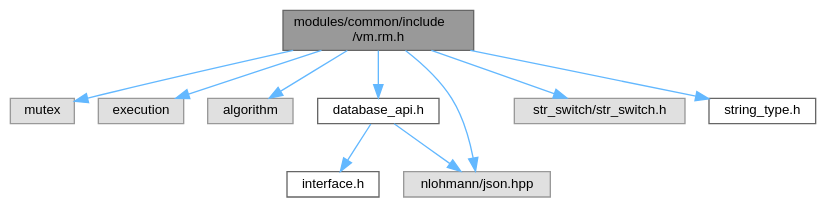
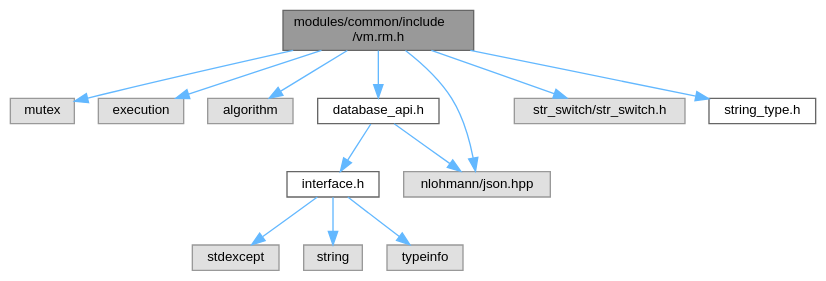
One commit to netkeep80/jsonRVM changed the diagram in vm_8rm_8h__incl.dot. Above: the diagram before and after it, drawn with Graphviz. The commit also changed 169 other files, not shown here.

```diff
--- a/vm_8rm_8h__incl.dot
+++ b/vm_8rm_8h__incl.dot
@@ -1,25 +1,31 @@
 digraph "modules/common/include/vm.rm.h"
 {
  // LATEX_PDF_SIZE
   bgcolor="transparent";
   edge [fontname=Helvetica,fontsize=10,labelfontname=Helvetica,labelfontsize=10];
   node [fontname=Helvetica,fontsize=10,shape=box,height=0.2,width=0.4];
   Node1 [id="Node000001",label="modules/common/include\l/vm.rm.h",height=0.2,width=0.4,color="gray40", fillcolor="grey60", style="filled", fontcolor="black",tooltip=" "];
   Node1 -> Node2 [id="edge1_Node000001_Node000002",color="steelblue1",style="solid",tooltip=" "];
   Node2 [id="Node000002",label="mutex",height=0.2,width=0.4,color="grey60", fillcolor="#E0E0E0", style="filled",tooltip=" "];
   Node1 -> Node3 [id="edge2_Node000001_Node000003",color="steelblue1",style="solid",tooltip=" "];
   Node3 [id="Node000003",label="execution",height=0.2,width=0.4,color="grey60", fillcolor="#E0E0E0", style="filled",tooltip=" "];
   Node1 -> Node4 [id="edge3_Node000001_Node000004",color="steelblue1",style="solid",tooltip=" "];
   Node4 [id="Node000004",label="algorithm",height=0.2,width=0.4,color="grey60", fillcolor="#E0E0E0", style="filled",tooltip=" "];
   Node1 -> Node5 [id="edge4_Node000001_Node000005",color="steelblue1",style="solid",tooltip=" "];
   Node5 [id="Node000005",label="database_api.h",height=0.2,width=0.4,color="grey40", fillcolor="white", style="filled",URL="$database__api_8h.html",tooltip=" "];
   Node5 -> Node6 [id="edge5_Node000005_Node000006",color="steelblue1",style="solid",tooltip=" "];
   Node6 [id="Node000006",label="interface.h",height=0.2,width=0.4,color="grey40", fillcolor="white", style="filled",URL="$interface_8h.html",tooltip=" "];
-  Node5 -> Node7 [id="edge6_Node000005_Node000007",color="steelblue1",style="solid",tooltip=" "];
-  Node7 [id="Node000007",label="nlohmann/json.hpp",height=0.2,width=0.4,color="grey60", fillcolor="#E0E0E0", style="filled",tooltip=" "];
-  Node1 -> Node7 [id="edge7_Node000001_Node000007",color="steelblue1",style="solid",tooltip=" "];
-  Node1 -> Node8 [id="edge8_Node000001_Node000008",color="steelblue1",style="solid",tooltip=" "];
-  Node8 [id="Node000008",label="str_switch/str_switch.h",height=0.2,width=0.4,color="grey60", fillcolor="#E0E0E0", style="filled",tooltip=" "];
-  Node1 -> Node9 [id="edge9_Node000001_Node000009",color="steelblue1",style="solid",tooltip=" "];
-  Node9 [id="Node000009",label="string_type.h",height=0.2,width=0.4,color="grey40", fillcolor="white", style="filled",URL="$string__type_8h.html",tooltip=" "];
+  Node6 -> Node7 [id="edge6_Node000006_Node000007",color="steelblue1",style="solid",tooltip=" "];
+  Node7 [id="Node000007",label="stdexcept",height=0.2,width=0.4,color="grey60", fillcolor="#E0E0E0", style="filled",tooltip=" "];
+  Node6 -> Node8 [id="edge7_Node000006_Node000008",color="steelblue1",style="solid",tooltip=" "];
+  Node8 [id="Node000008",label="string",height=0.2,width=0.4,color="grey60", fillcolor="#E0E0E0", style="filled",tooltip=" "];
+  Node6 -> Node9 [id="edge8_Node000006_Node000009",color="steelblue1",style="solid",tooltip=" "];
+  Node9 [id="Node000009",label="typeinfo",height=0.2,width=0.4,color="grey60", fillcolor="#E0E0E0", style="filled",tooltip=" "];
+  Node5 -> Node10 [id="edge9_Node000005_Node000010",color="steelblue1",style="solid",tooltip=" "];
+  Node10 [id="Node000010",label="nlohmann/json.hpp",height=0.2,width=0.4,color="grey60", fillcolor="#E0E0E0", style="filled",tooltip=" "];
+  Node1 -> Node10 [id="edge10_Node000001_Node000010",color="steelblue1",style="solid",tooltip=" "];
+  Node1 -> Node11 [id="edge11_Node000001_Node000011",color="steelblue1",style="solid",tooltip=" "];
+  Node11 [id="Node000011",label="str_switch/str_switch.h",height=0.2,width=0.4,color="grey60", fillcolor="#E0E0E0", style="filled",tooltip=" "];
+  Node1 -> Node12 [id="edge12_Node000001_Node000012",color="steelblue1",style="solid",tooltip=" "];
+  Node12 [id="Node000012",label="string_type.h",height=0.2,width=0.4,color="grey40", fillcolor="white", style="filled",URL="$string__type_8h.html",tooltip=" "];
 }
```
